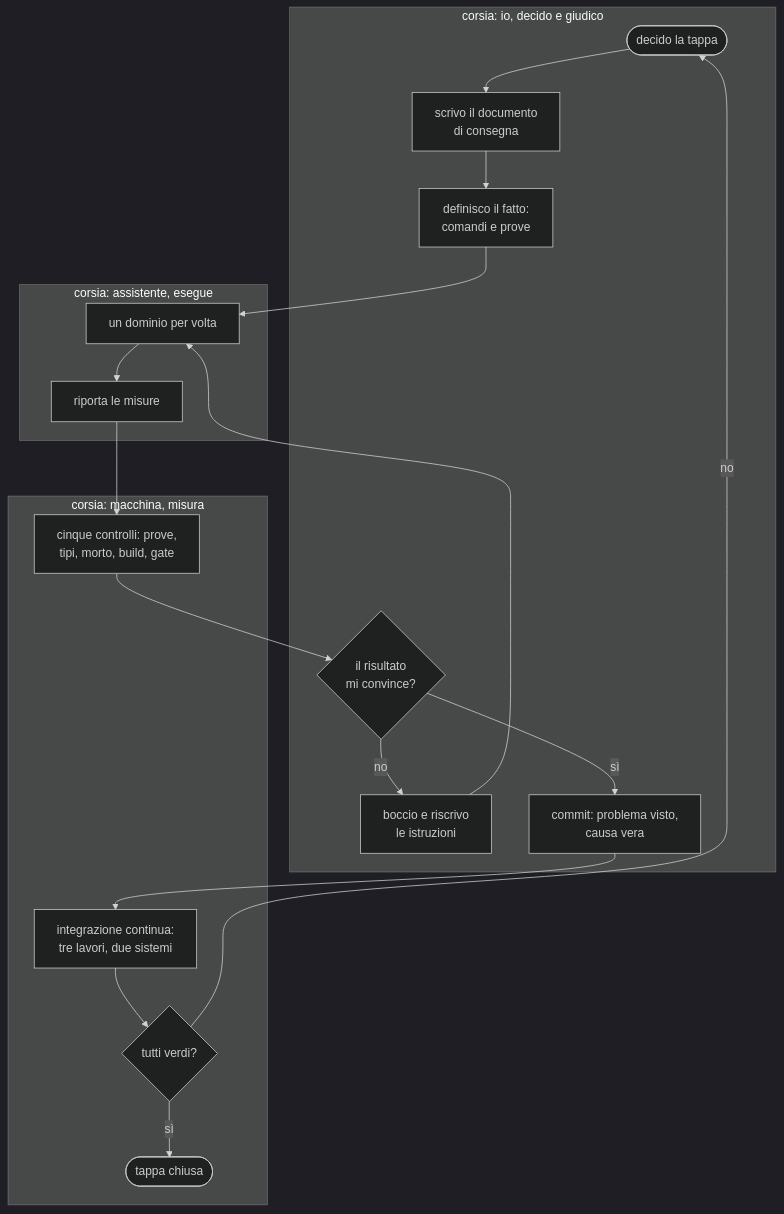
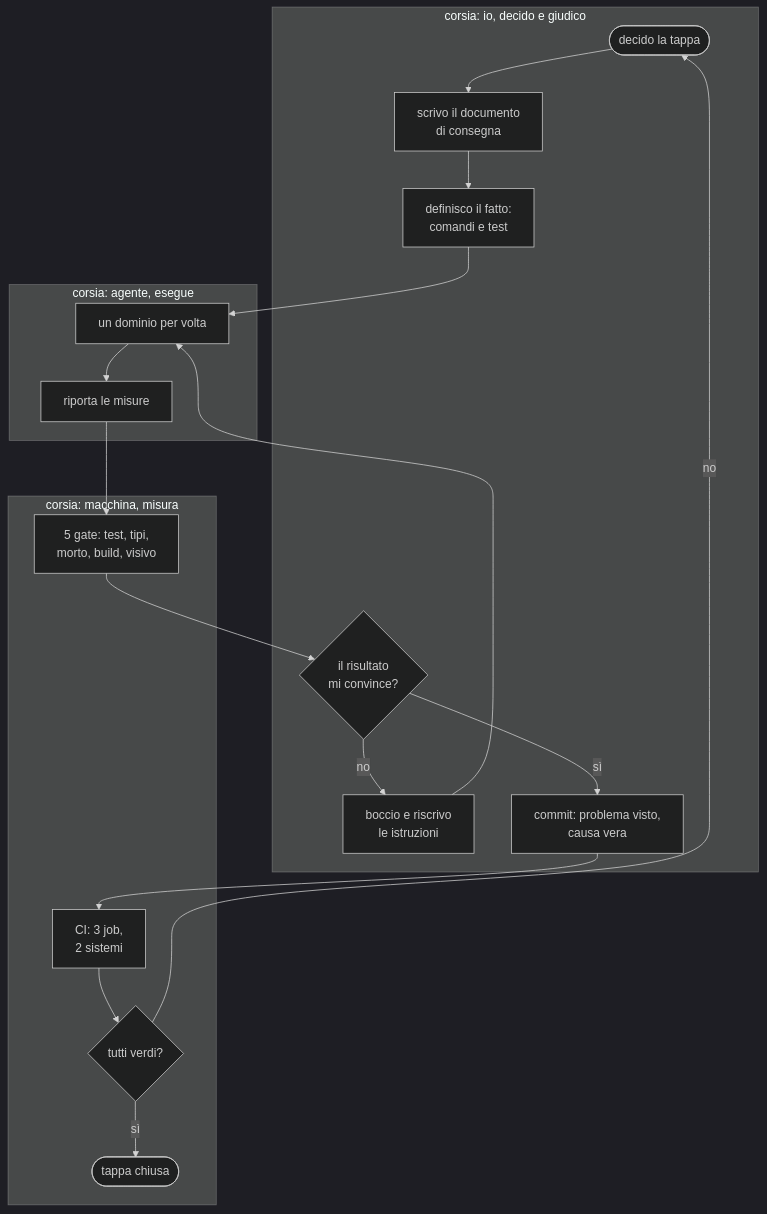
The first of 2 diagrams in doc/docs/ingegneria/come-e-organizzato-il-lavoro.mdx (ale-ehp/retro-future), drawn with Mermaid (dark theme) before and after one commit. The commit also changed other lines of this file and 22 other files, not shown here.

````diff
--- a/doc/docs/ingegneria/come-e-organizzato-il-lavoro.mdx
+++ b/doc/docs/ingegneria/come-e-organizzato-il-lavoro.mdx
@@ -65,29 +61,29 @@
 ```mermaid
 flowchart TB
   subgraph IO["corsia: io, decido e giudico"]
     A([decido la tappa]) --> B[scrivo il documento<br/>di consegna]
-    B --> C[definisco il fatto:<br/>comandi e prove]
+    B --> C[definisco il fatto:<br/>comandi e test]
     G{il risultato<br/>mi convince?}
     H[boccio e riscrivo<br/>le istruzioni]
     I[commit: problema visto,<br/>causa vera]
   end
-  subgraph AG["corsia: assistente, esegue"]
+  subgraph AG["corsia: agente, esegue"]
     D[un dominio per volta] --> E[riporta le misure]
   end
   subgraph MA["corsia: macchina, misura"]
-    F[cinque controlli: prove,<br/>tipi, morto, build, gate]
-    L[integrazione continua:<br/>tre lavori, due sistemi]
+    F[5 gate: test, tipi,<br/>morto, build, visivo]
+    L[CI: 3 job,<br/>2 sistemi]
     M{tutti verdi?}
     N([tappa chiusa])
   end
   C --> D
   E --> F
   F --> G
   G -->|no| H
   H --> D
   G -->|sì| I
   I --> L
   L --> M
   M -->|no| A
   M -->|sì| N
 ```
````
